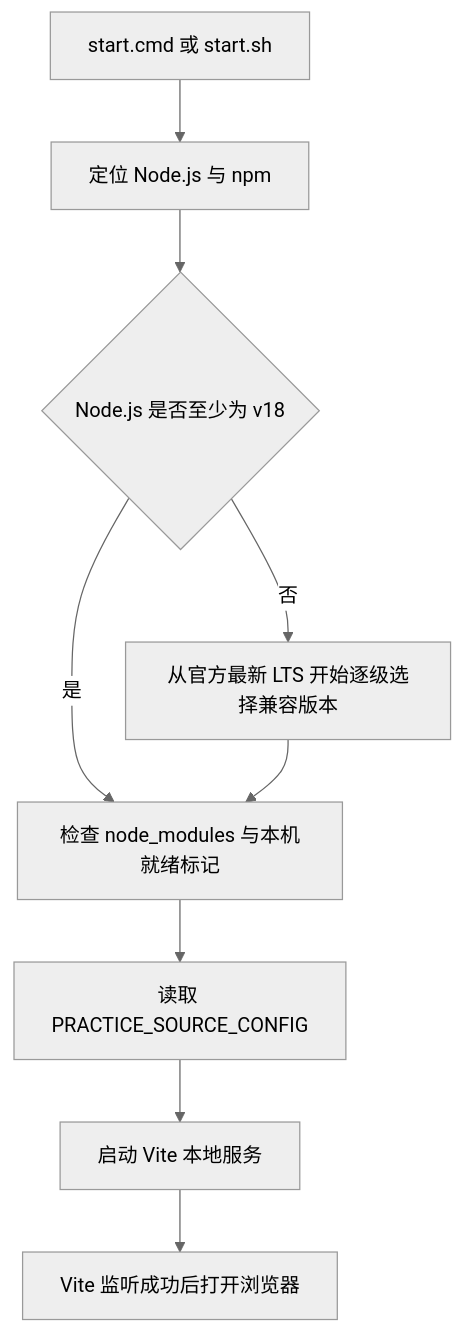
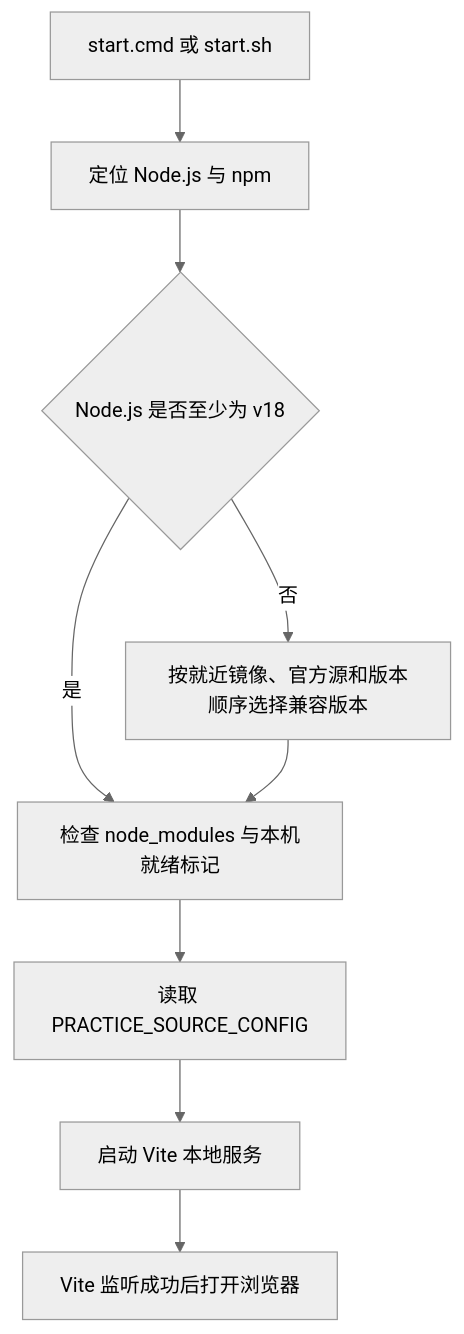
One commit to FormingSystem/linux_note changed the second of 2 diagrams in tools/practice_tool/docs/cross_platform_and_repository_independence.md. Above: the diagram before and after it, drawn with Mermaid (neutral theme). The commit also changed other lines of this file and 10 other files, not shown here.

````diff
--- a/tools/practice_tool/docs/cross_platform_and_repository_independence.md
+++ b/tools/practice_tool/docs/cross_platform_and_repository_independence.md
@@ -191,11 +191,11 @@
 ```mermaid
 flowchart TD
     E["start.cmd 或 start.sh"] --> N["定位 Node.js 与 npm"]
     N --> I{"Node.js 是否至少为 v18"}
-    I -->|"否"| P["从官方最新 LTS 开始逐级选择兼容版本"]
+    I -->|"否"| P["按就近镜像、官方源和版本顺序选择兼容版本"]
     I -->|"是"| D["检查 node_modules 与本机就绪标记"]
     P --> D
     D --> C["读取 PRACTICE_SOURCE_CONFIG"]
     C --> V["启动 Vite 本地服务"]
     V --> B["Vite 监听成功后打开浏览器"]
 ```
````
